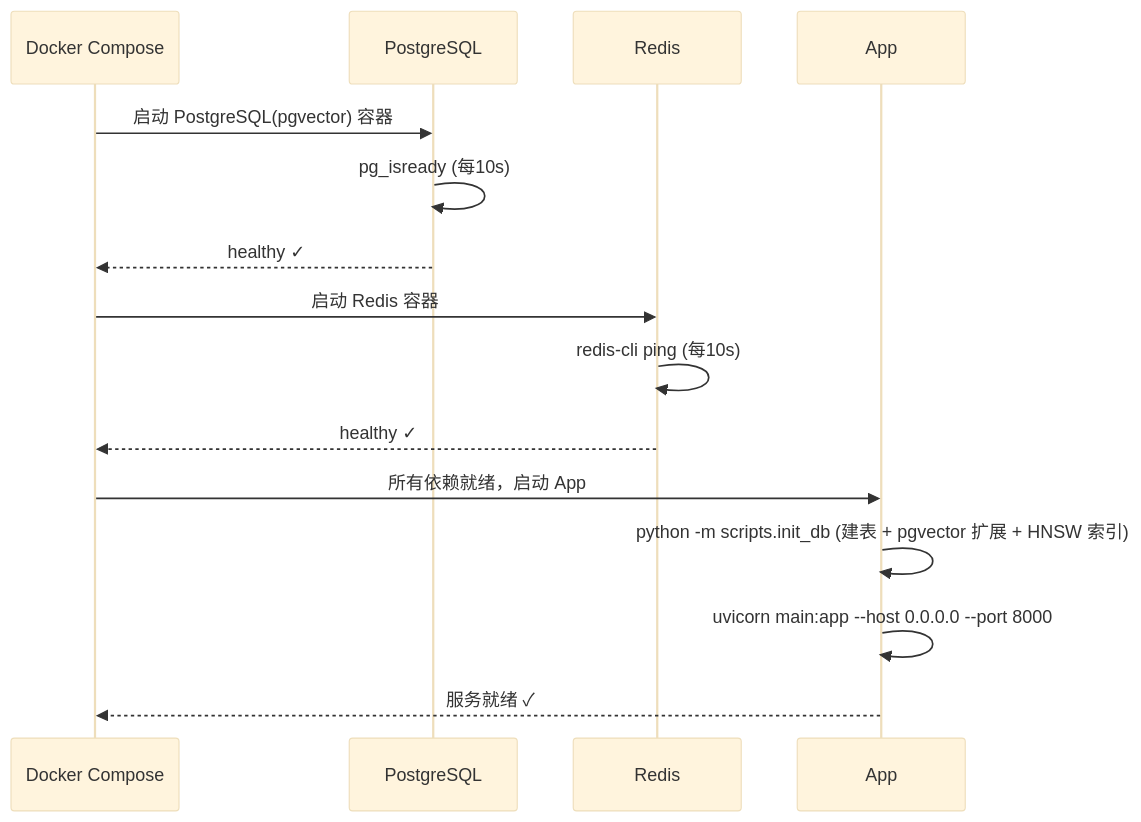
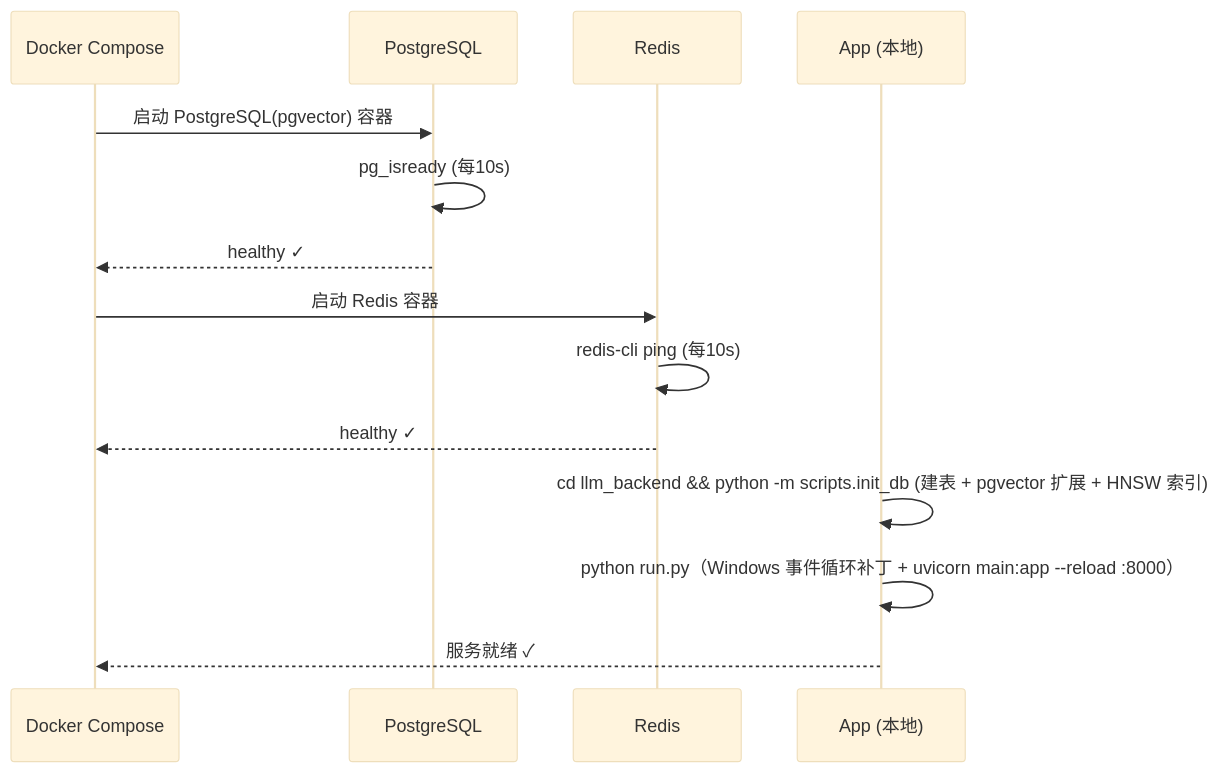
Before and after one commit to blowt16/SmartCS-Agent: diagram 14 of 14 in docs/PROJECT_ANALYSIS.md, drawn with Mermaid (base theme). The commit also changed other lines of this file and 5 other files, not shown here.

````diff
--- a/docs/PROJECT_ANALYSIS.md
+++ b/docs/PROJECT_ANALYSIS.md
@@ -915,20 +908,19 @@
 ```mermaid
 sequenceDiagram
     participant DC as Docker Compose
     participant M as PostgreSQL
     participant R as Redis
-    participant A as App
+    participant A as App (本地)
 
     DC->>M: 启动 PostgreSQL(pgvector) 容器
     M->>M: pg_isready (每10s)
     M-->>DC: healthy ✓
 
     DC->>R: 启动 Redis 容器
     R->>R: redis-cli ping (每10s)
     R-->>DC: healthy ✓
 
-    DC->>A: 所有依赖就绪，启动 App
-    A->>A: python -m scripts.init_db (建表 + pgvector 扩展 + HNSW 索引)
-    A->>A: uvicorn main:app --host 0.0.0.0 --port 8000
+    A->>A: cd llm_backend && python -m scripts.init_db (建表 + pgvector 扩展 + HNSW 索引)
+    A->>A: python run.py（Windows 事件循环补丁 + uvicorn main:app --reload :8000）
     A-->>DC: 服务就绪 ✓
 ```
````
